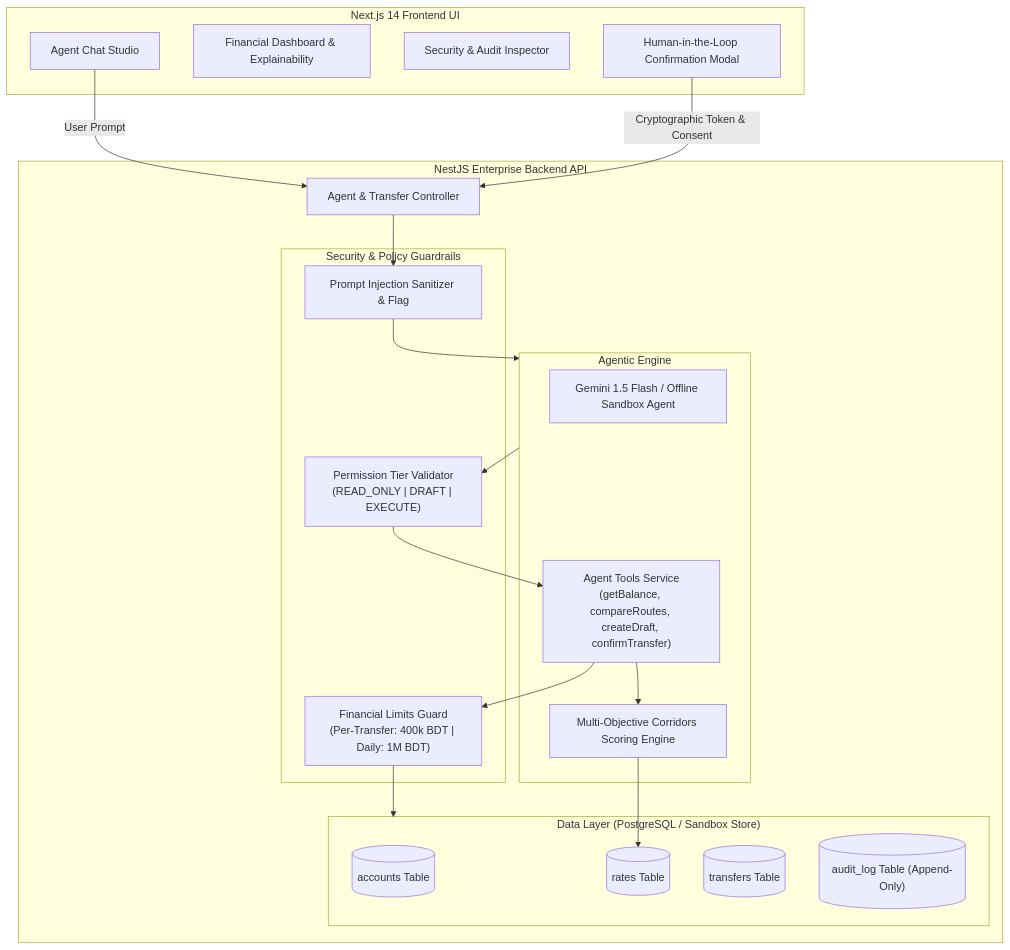
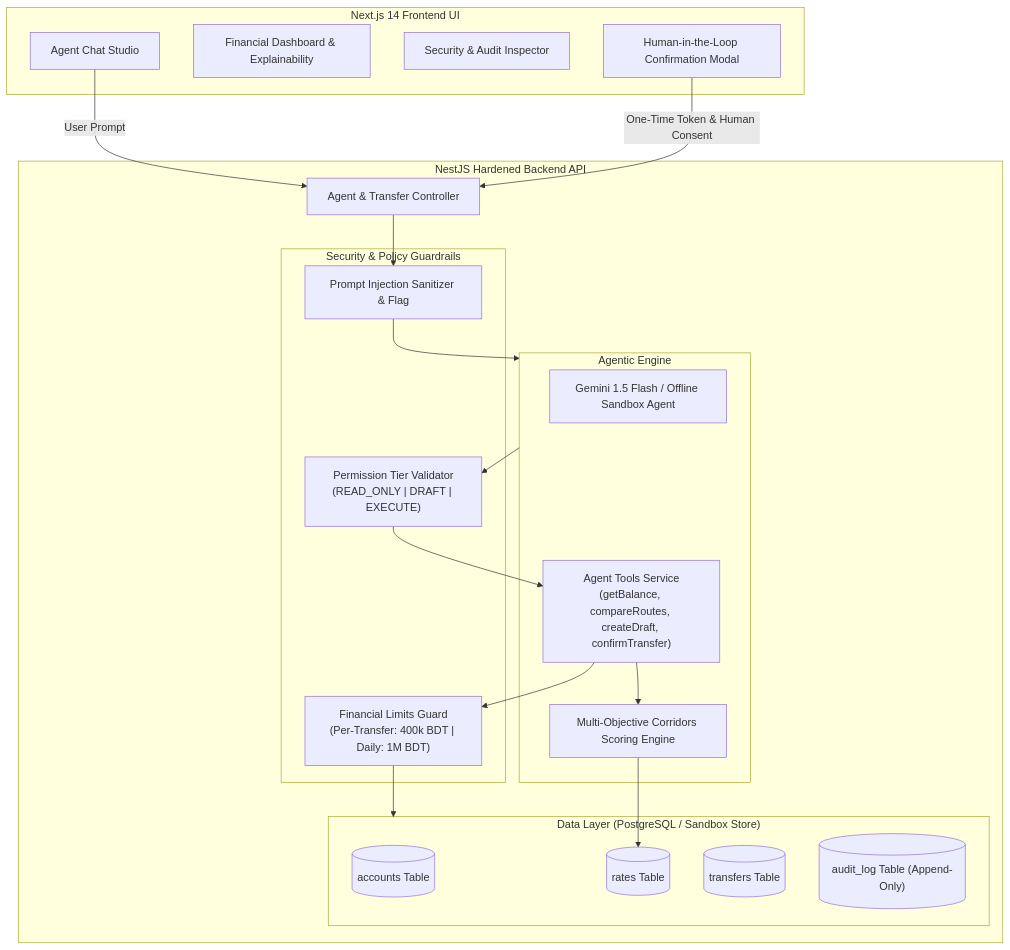
The first of 2 diagrams in docs/TECHNICAL_DOCUMENTATION.md (MirEashanZaman/student-tuition-payment-agent), drawn with Mermaid before and after one commit. The commit also changed other lines of this file, not shown here.

````diff
--- a/docs/TECHNICAL_DOCUMENTATION.md
+++ b/docs/TECHNICAL_DOCUMENTATION.md
@@ -16,43 +16,43 @@
 ```mermaid
 graph TD
     subgraph Client["Next.js 14 Frontend UI"]
         UI_Chat["Agent Chat Studio"]
         UI_Dash["Financial Dashboard & Explainability"]
         UI_Audit["Security & Audit Inspector"]
         UI_Consent["Human-in-the-Loop Confirmation Modal"]
     end
 
-    subgraph Backend["NestJS Enterprise Backend API"]
+    subgraph Backend["NestJS Hardened Backend API"]
         Controller["Agent & Transfer Controller"]
         
         subgraph Guardrails["Security & Policy Guardrails"]
             TierGuard["Permission Tier Validator\n(READ_ONLY | DRAFT | EXECUTE)"]
             LimitGuard["Financial Limits Guard\n(Per-Transfer: 400k BDT | Daily: 1M BDT)"]
             InjectionFilter["Prompt Injection Sanitizer & Flag"]
         end
 
         subgraph CoreAgent["Agentic Engine"]
             LLM["Gemini 1.5 Flash / Offline Sandbox Agent"]
             Tools["Agent Tools Service\n(getBalance, compareRoutes, createDraft, confirmTransfer)"]
             Scoring["Multi-Objective Corridors Scoring Engine"]
         end
 
         subgraph Storage["Data Layer (PostgreSQL / Sandbox Store)"]
         Accounts[("accounts Table")]
         Rates[("rates Table")]
         Transfers[("transfers Table")]
         AuditLog[("audit_log Table (Append-Only)")]
         end
     end
 
     UI_Chat -->|"User Prompt"| Controller
     Controller --> InjectionFilter
     InjectionFilter --> CoreAgent
     CoreAgent --> TierGuard
     TierGuard --> Tools
     Tools --> LimitGuard
     LimitGuard --> Storage
     Tools --> Scoring
     Scoring --> Rates
-    UI_Consent -->|"Cryptographic Token & Consent"| Controller
+    UI_Consent -->|"One-Time Token & Human Consent"| Controller
 ```
````
